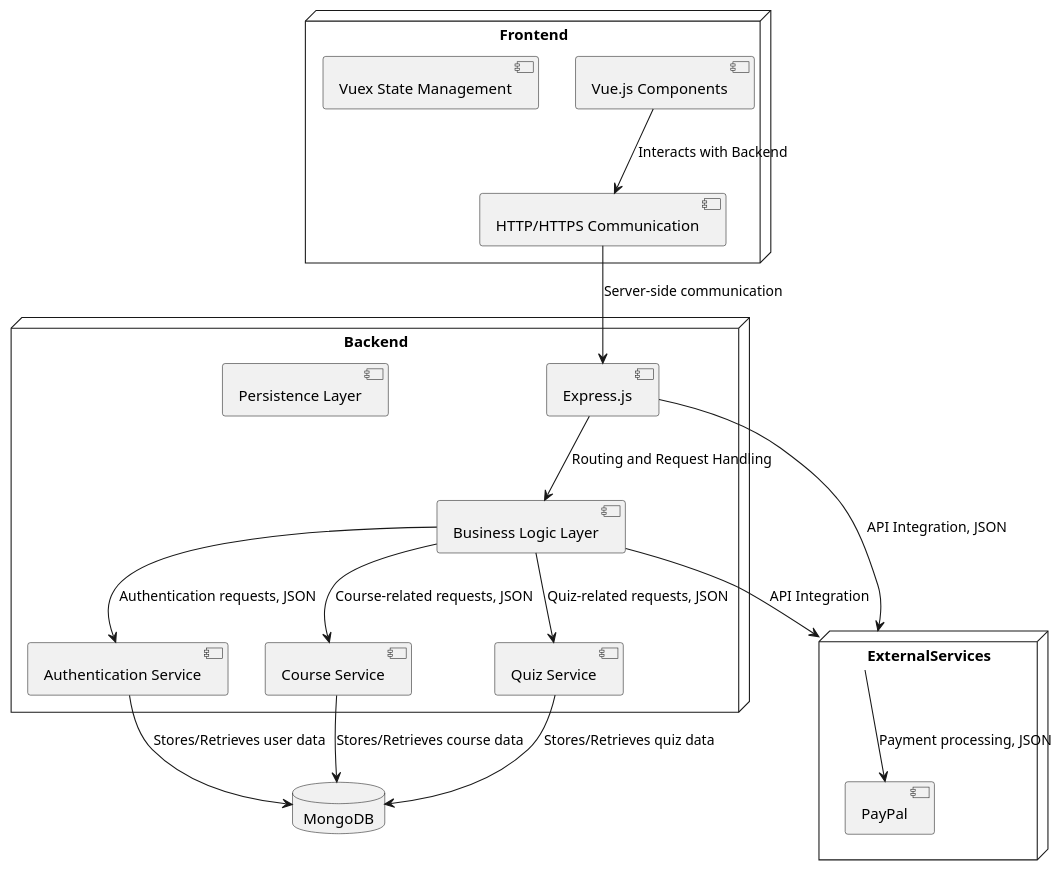
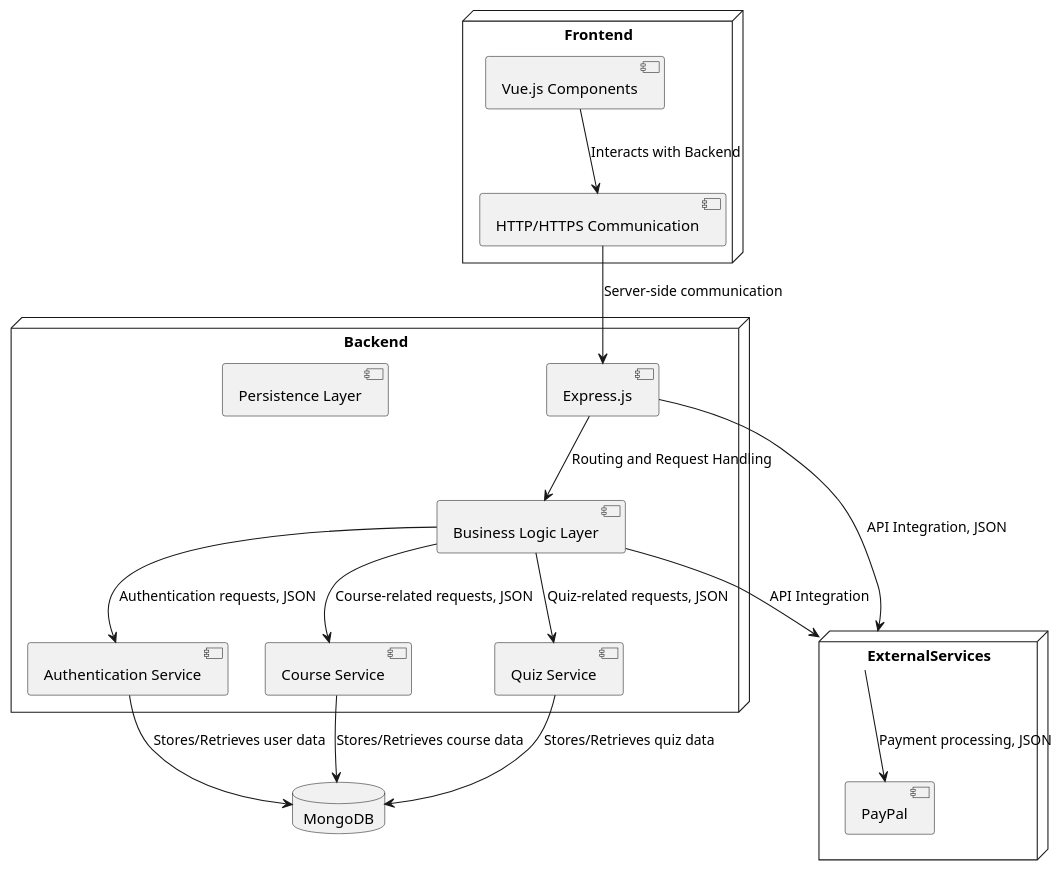
Before and after one commit to YassineRibouh/UMLdiagrams: the diagram in Diagrams/MainSystemArchitecture.iuml, drawn with PlantUML.

```diff
--- a/Diagrams/MainSystemArchitecture.iuml
+++ b/Diagrams/MainSystemArchitecture.iuml
@@ -1,39 +1,38 @@
 @startuml
 top to bottom direction
 
 node Frontend {
   component "Vue.js Components" as Vue
-  component "Vuex State Management" as Vuex
   component "HTTP/HTTPS Communication" as FComms
 }
 
 node Backend {
   component "Express.js" as Express
   component "Business Logic Layer" as Logic
   component "Authentication Service" as Auth
   component "Course Service" as Course
   component "Quiz Service" as Quiz
   component "Persistence Layer" as Persistence
 }
 
 database MongoDB as DB
 
 Vue --> FComms: Interacts with Backend
 FComms --> Express: Server-side communication
 Express --> Logic: Routing and Request Handling
 Logic --> Auth: Authentication requests, JSON
 Logic --> Course: Course-related requests, JSON
 Logic --> Quiz: Quiz-related requests, JSON
 Auth --> DB: Stores/Retrieves user data
 Course --> DB: Stores/Retrieves course data
 Quiz --> DB: Stores/Retrieves quiz data
 
 node ExternalServices as ES {
   component "PayPal" as PaymentGateway
 }
 
 Logic --> ES: API Integration
 Express --> ES: API Integration, JSON
 ES --> PaymentGateway: Payment processing, JSON
 
 @enduml
```
